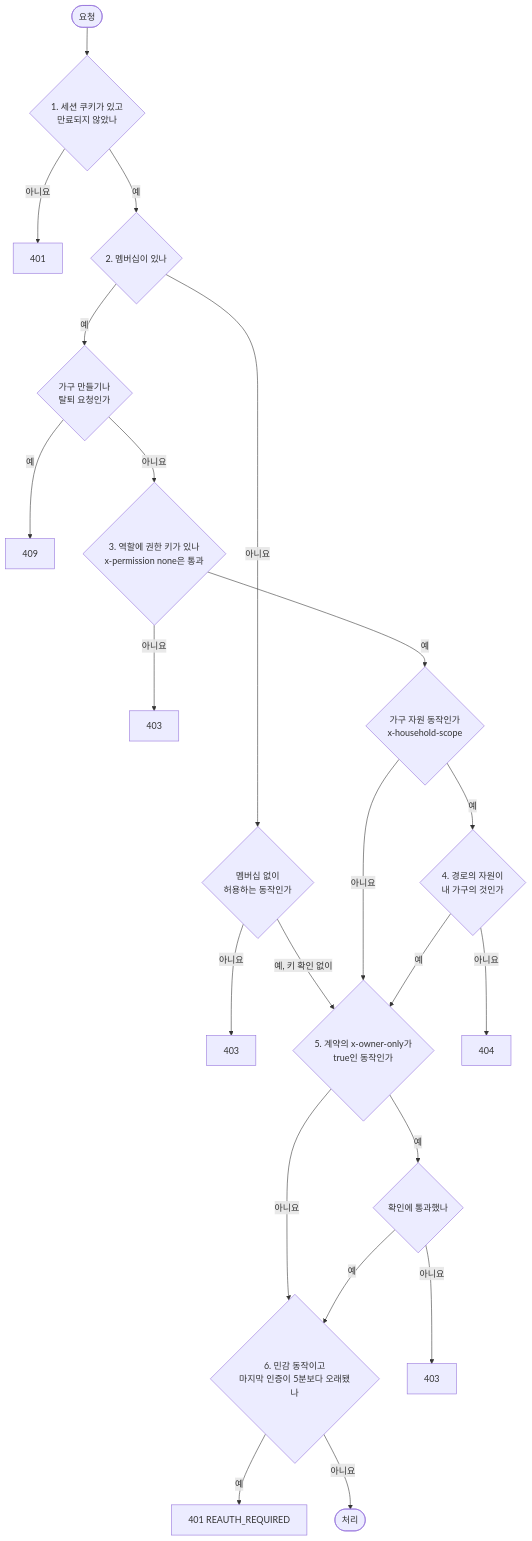
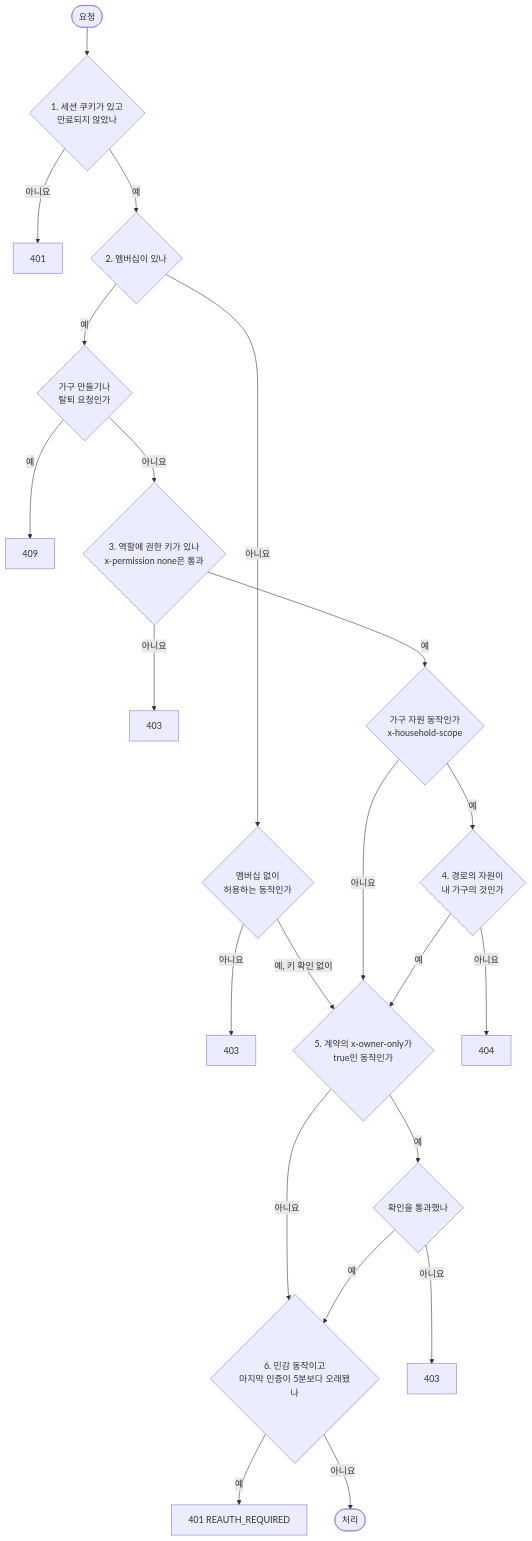
The diagram in docs/architecture/api-conventions.md (Park-Seung-Hun/real-estate), drawn with Mermaid before and after one commit. The commit also changed other lines of this file and 22 other files, not shown here.

````diff
--- a/docs/architecture/api-conventions.md
+++ b/docs/architecture/api-conventions.md
@@ -95,24 +95,24 @@
 ```mermaid
 flowchart TD
   start([요청]) --> s1{1. 세션 쿠키가 있고<br/>만료되지 않았나}
   s1 -- 아니요 --> e401[401]
   s1 -- 예 --> s2{2. 멤버십이 있나}
   s2 -- 아니요 --> s2a{멤버십 없이<br/>허용하는 동작인가}
   s2a -- 아니요 --> e403a[403]
   s2a -- 예, 키 확인 없이 --> s5
   s2 -- 예 --> s2b{가구 만들기나<br/>탈퇴 요청인가}
   s2b -- 예 --> e409[409]
   s2b -- 아니요 --> s3{3. 역할에 권한 키가 있나<br/>x-permission none은 통과}
   s3 -- 아니요 --> e403b[403]
   s3 -- 예 --> s4a{가구 자원 동작인가<br/>x-household-scope}
   s4a -- 아니요 --> s5
   s4a -- 예 --> s4{4. 경로의 자원이<br/>내 가구의 것인가}
   s4 -- 아니요 --> e404[404]
   s4 -- 예 --> s5{5. 계약의 x-owner-only가<br/>true인 동작인가}
   s5 -- 아니요 --> s6
-  s5 -- 예 --> s5a{확인에 통과했나}
+  s5 -- 예 --> s5a{확인을 통과했나}
   s5a -- 아니요 --> e403c[403]
   s5a -- 예 --> s6{6. 민감 동작이고<br/>마지막 인증이 5분보다 오래됐나}
   s6 -- 예 --> e401r[401 REAUTH_REQUIRED]
   s6 -- 아니요 --> ok([처리])
 ```
````
